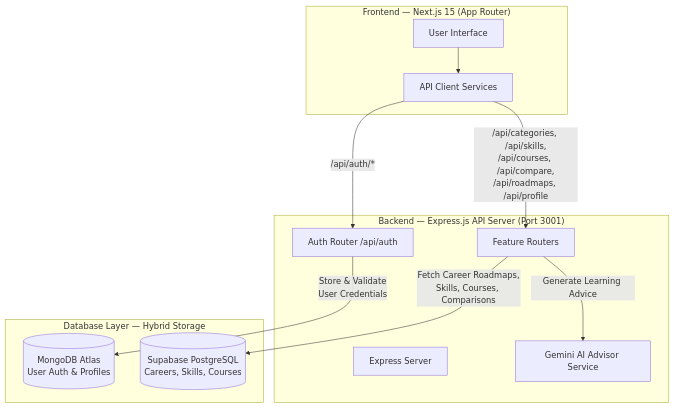
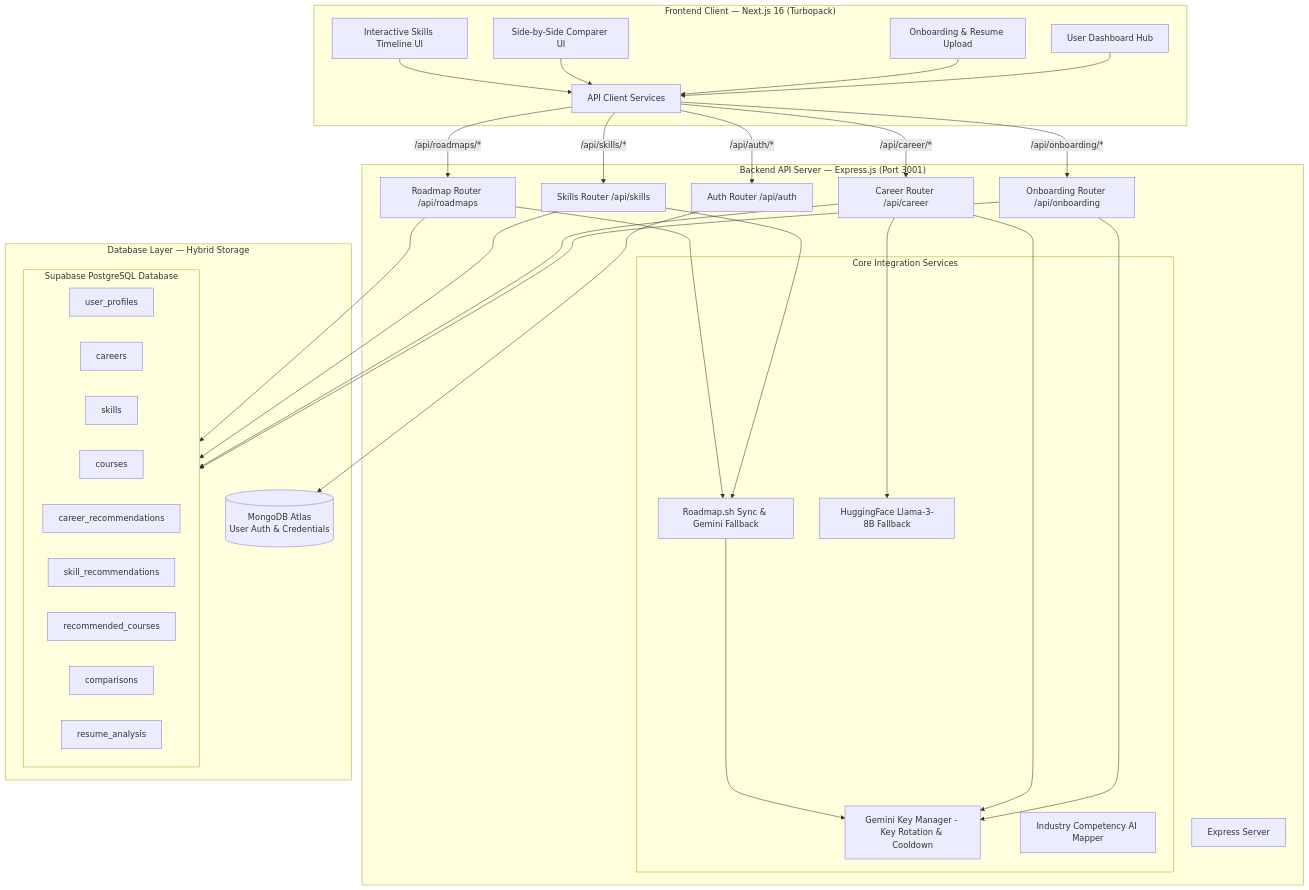
One commit to DHARANIVIP/Team-8 changed the diagram in README.md. Above: the diagram before and after it, drawn with Mermaid. The commit also changed other lines of this file, not shown here.

First line of the commit message:
Expand README with architecture & specs

````diff
--- a/README.md
+++ b/README.md
@@ -11,27 +11,65 @@
 ```mermaid
 graph TD
-    subgraph Client["Frontend — Next.js 15 (App Router)"]
-        UI[User Interface]
+    subgraph Client["Frontend Client — Next.js 16 (Turbopack)"]
+        UI[User Dashboard Hub]
+        OnbForm[Onboarding & Resume Upload]
+        CompPage[Side-by-Side Comparer UI]
+        SkillsPage[Interactive Skills Timeline UI]
         Fetch[API Client Services]
     end
 
-    subgraph API["Backend — Express.js API Server (Port 3001)"]
+    subgraph API["Backend API Server — Express.js (Port 3001)"]
         Server[Express Server]
-        AuthRouter[Auth Router  /api/auth]
-        AppRouter[Feature Routers]
-        GeminiService[Gemini AI Advisor Service]
+        AuthRouter[Auth Router /api/auth]
+        OnbRouter[Onboarding Router /api/onboarding]
+        CareerRouter[Career Router /api/career]
+        SkillsRouter[Skills Router /api/skills]
+        RoadmapRouter[Roadmap Router /api/roadmaps]
+        
+        subgraph Services["Core Integration Services"]
+            KeyMgr[Gemini Key Manager - Key Rotation & Cooldown]
+            OnetGemini[Industry Competency AI Mapper]
+            RoadmapSync[Roadmap.sh Sync & Gemini Fallback]
+            HFService[HuggingFace Llama-3-8B Fallback]
+        end
     end
 
     subgraph Storage["Database Layer — Hybrid Storage"]
-        MongoDB[(MongoDB Atlas\nUser Auth & Profiles)]
-        Supabase[(Supabase PostgreSQL\nCareers, Skills, Courses)]
+        MongoDB[(MongoDB Atlas\nUser Auth & Credentials)]
+        subgraph SupabaseSchema["Supabase PostgreSQL Database"]
+            UP[user_profiles]
+            Car[careers]
+            Sk[skills]
+            Co[courses]
+            CR[career_recommendations]
+            SR[skill_recommendations]
+            RC[recommended_courses]
+            Comp[comparisons]
+            ResAna[resume_analysis]
+        end
     end
 
     UI --> Fetch
+    OnbForm --> Fetch
+    CompPage --> Fetch
+    SkillsPage --> Fetch
+
     Fetch -->|"/api/auth/*"| AuthRouter
-    Fetch -->|"/api/categories, /api/skills,\n/api/courses, /api/compare,\n/api/roadmaps, /api/profile"| AppRouter
+    Fetch -->|"/api/onboarding/*"| OnbRouter
+    Fetch -->|"/api/career/*"| CareerRouter
+    Fetch -->|"/api/skills/*"| SkillsRouter
+    Fetch -->|"/api/roadmaps/*"| RoadmapRouter
 
-    AuthRouter -->|"Store & Validate\nUser Credentials"| MongoDB
-    AppRouter -->|"Fetch Career Roadmaps,\nSkills, Courses, Comparisons"| Supabase
-    AppRouter -->|"Generate Learning Advice"| GeminiService
+    AuthRouter --> MongoDB
+    OnbRouter --> SupabaseSchema
+    CareerRouter --> SupabaseSchema
+    SkillsRouter --> SupabaseSchema
+    RoadmapRouter --> SupabaseSchema
+
+    OnbRouter --> KeyMgr
+    CareerRouter --> KeyMgr
+    CareerRouter --> HFService
+    SkillsRouter --> RoadmapSync
+    RoadmapRouter --> RoadmapSync
+    RoadmapSync --> KeyMgr
 ```
````
